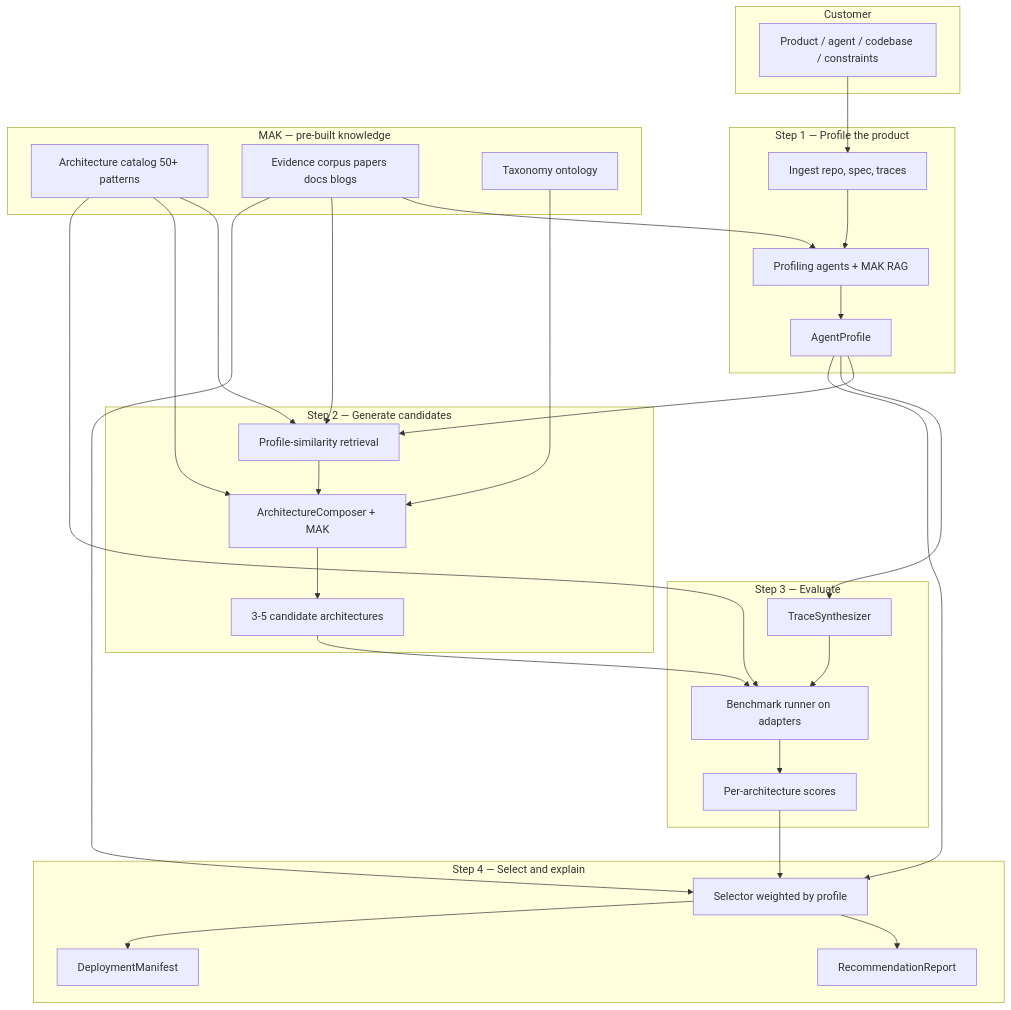
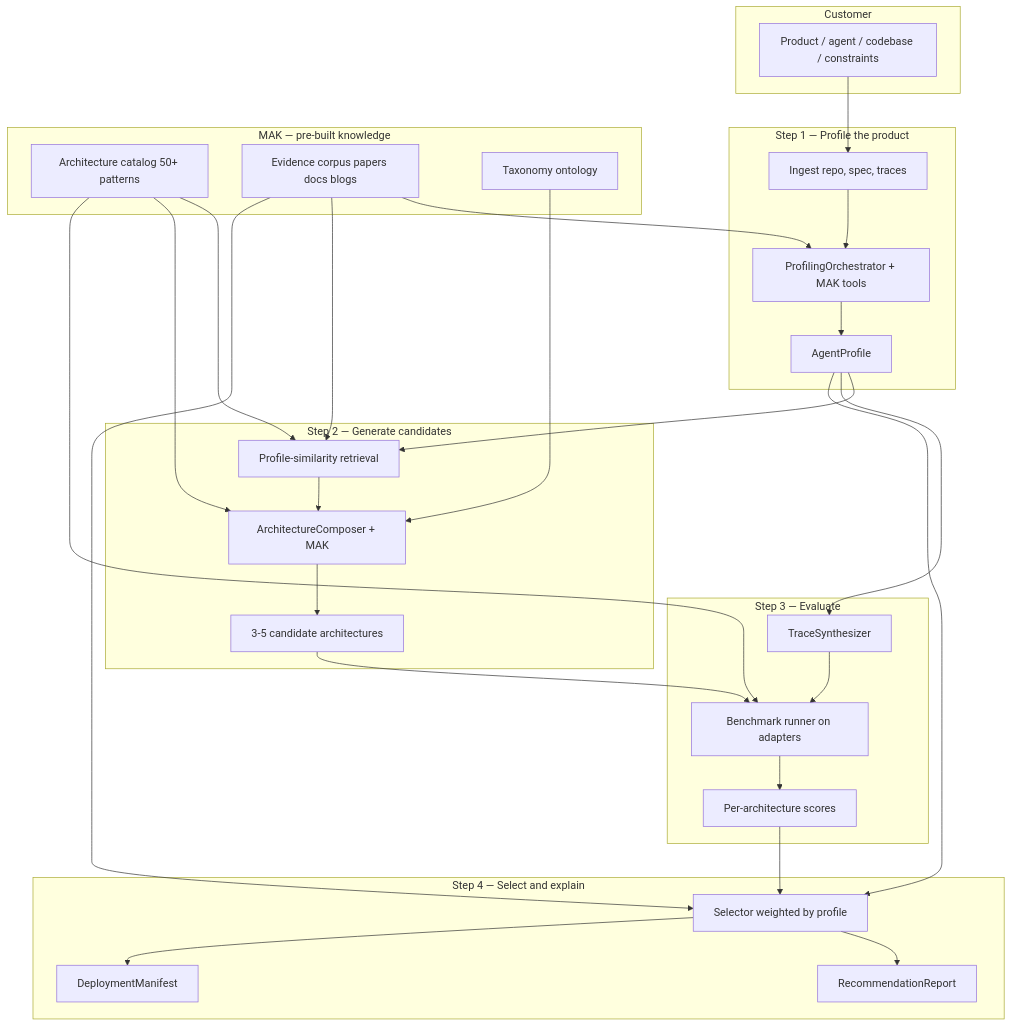
One commit to aitzaz-web/membrane changed the first of 4 diagrams in docs/part-a-analyze.md. Above: the diagram before and after it, drawn with Mermaid. The commit also changed other lines of this file and 63 other files, not shown here.

````diff
--- a/docs/part-a-analyze.md
+++ b/docs/part-a-analyze.md
@@ -19,60 +19,60 @@
 ```mermaid
 flowchart TB
   subgraph customer ["Customer"]
     Prod["Product / agent / codebase / constraints"]
   end
 
   subgraph step1 ["Step 1 — Profile the product"]
     Ingest["Ingest repo, spec, traces"]
-    ProfAgents["Profiling agents + MAK RAG"]
+    ProfAgents["ProfilingOrchestrator + MAK tools"]
     Profile["AgentProfile"]
   end
 
   subgraph mak ["MAK — pre-built knowledge"]
     Catalog["Architecture catalog 50+ patterns"]
     Corpus["Evidence corpus papers docs blogs"]
     Taxonomy["Taxonomy ontology"]
   end
 
   subgraph step2 ["Step 2 — Generate candidates"]
     Retrieve["Profile-similarity retrieval"]
     Compose["ArchitectureComposer + MAK"]
     Cands["3-5 candidate architectures"]
   end
 
   subgraph step3 ["Step 3 — Evaluate"]
     Synth["TraceSynthesizer"]
     Eval["Benchmark runner on adapters"]
     Scores["Per-architecture scores"]
   end
 
   subgraph step4 ["Step 4 — Select and explain"]
     Select["Selector weighted by profile"]
     Report["RecommendationReport"]
     Manifest["DeploymentManifest"]
   end
 
   Prod --> Ingest --> ProfAgents
   Corpus --> ProfAgents
   ProfAgents --> Profile
 
   Profile --> Retrieve
   Catalog --> Retrieve
   Corpus --> Retrieve
   Retrieve --> Compose
   Taxonomy --> Compose
   Catalog --> Compose
   Compose --> Cands
 
   Profile --> Synth
   Cands --> Eval
   Synth --> Eval
   Catalog --> Eval
   Eval --> Scores
 
   Scores --> Select
   Profile --> Select
   Corpus --> Select
   Select --> Report
   Select --> Manifest
 ```
````
